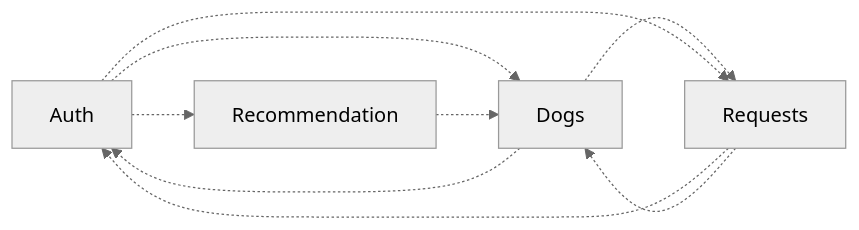
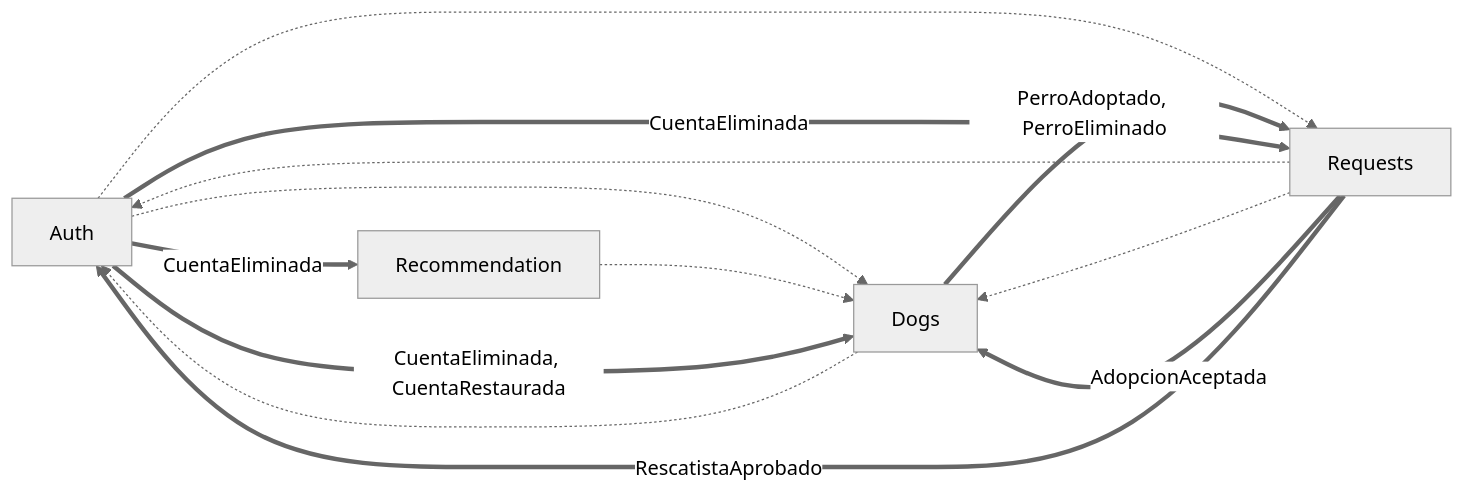
One commit to Magdala-Commitee-Corporation/adogtame-docs changed the diagram in agent/instruments/adog_MS.md. Above: the diagram before and after it, drawn with Mermaid (neutral theme). The commit also changed other lines of this file and 5 other files, not shown here.

````diff
--- a/agent/instruments/adog_MS.md
+++ b/agent/instruments/adog_MS.md
@@ -20,16 +20,21 @@
 ```mermaid
 flowchart LR
     AUTH["Auth"]
     DOGS["Dogs"]
     REQS["Requests"]
     REC["Recommendation"]
 
     REQS -.-> AUTH
     REQS -.-> DOGS
-    DOGS -.-> REQS
     DOGS -.-> AUTH
     AUTH -.-> DOGS
     AUTH -.-> REQS
-    AUTH -.-> REC
     REC -.-> DOGS
+
+    REQS ==>|AdopcionAceptada| DOGS
+    REQS ==>|RescatistaAprobado| AUTH
+    DOGS ==>|PerroAdoptado, PerroEliminado| REQS
+    AUTH ==>|CuentaEliminada, CuentaRestaurada| DOGS
+    AUTH ==>|CuentaEliminada| REQS
+    AUTH ==>|CuentaEliminada| REC
 ```
````
